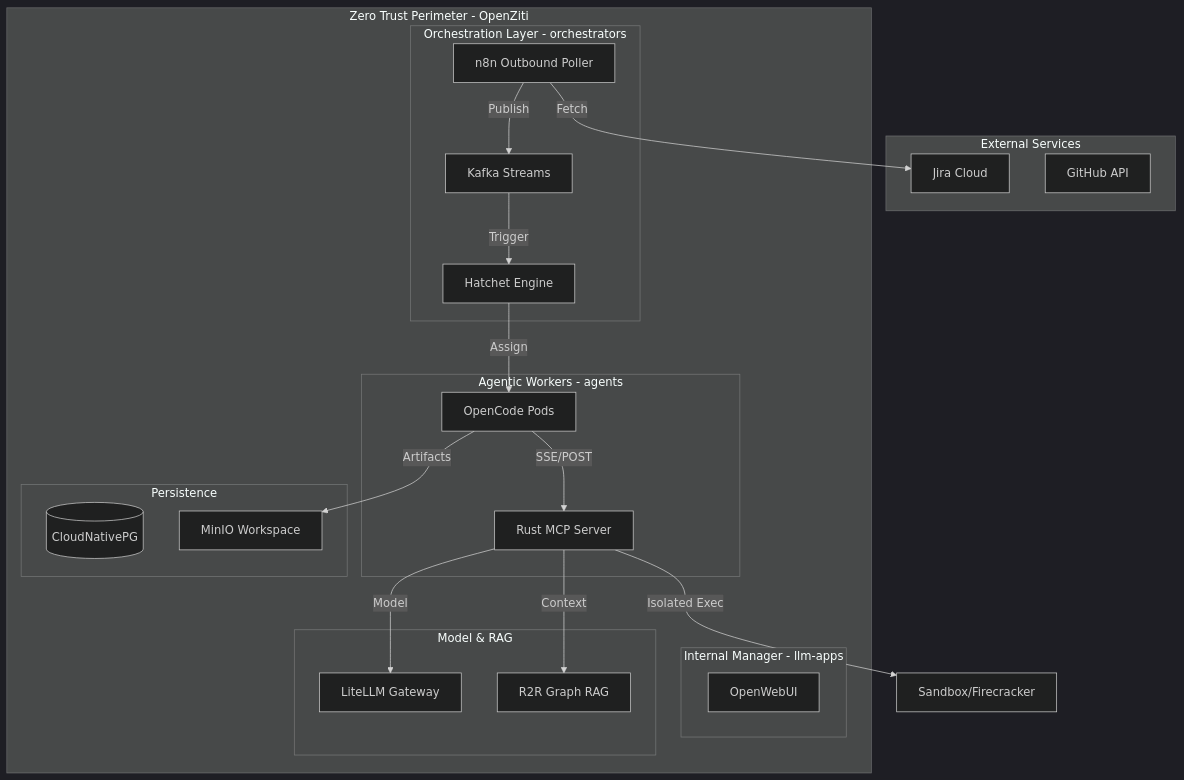
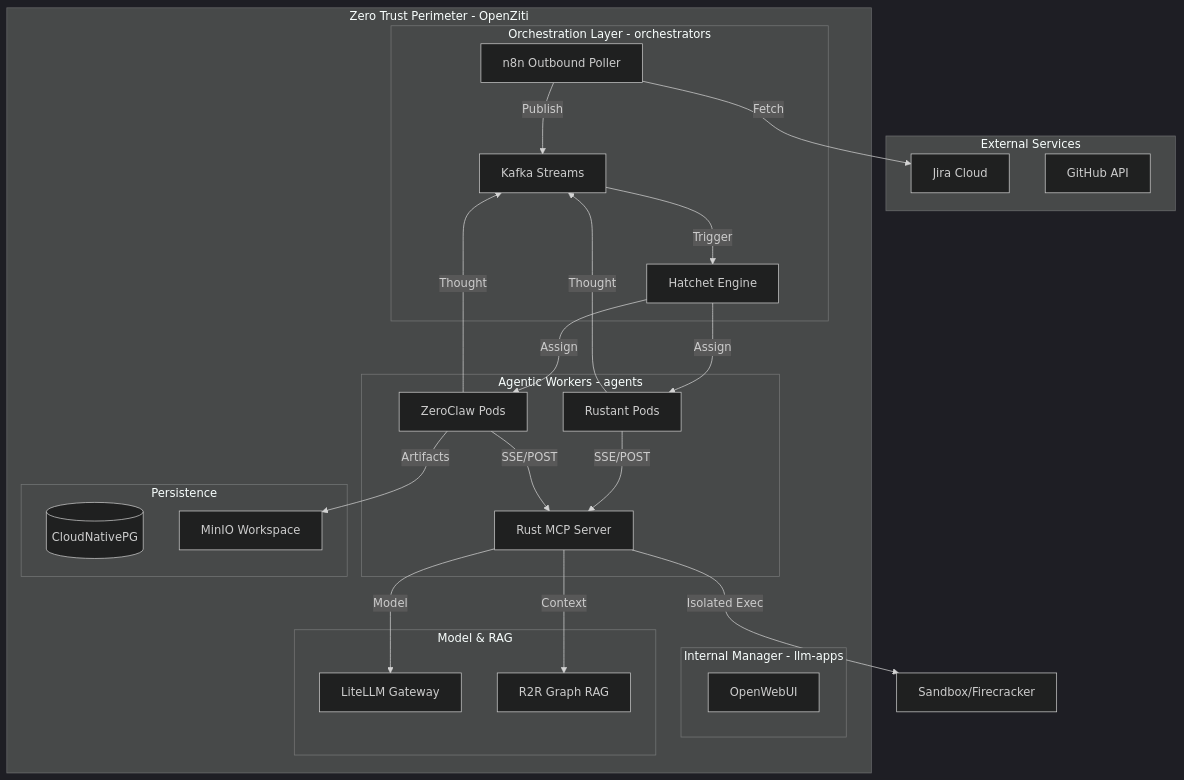
One commit to lgcorzo/rust_CACD_autonomous_factory changed the first of 2 diagrams in wiki/architecture.md. Above: the diagram before and after it, drawn with Mermaid (dark theme). The commit also changed other lines of this file and 7 other files, not shown here.

First line of the commit message:
docs: update system architecture and execution flows for Phase 12

````diff
--- a/wiki/architecture.md
+++ b/wiki/architecture.md
@@ -9,44 +9,49 @@
 ```mermaid
 graph TB
     subgraph "External Services"
         JIRA[Jira Cloud]
         GIT[GitHub API]
     end
 
     subgraph "Zero Trust Perimeter - OpenZiti"
         subgraph "Internal Manager - llm-apps"
             OWUI[OpenWebUI]
         end
 
         subgraph "Orchestration Layer - orchestrators"
             n8n[n8n Outbound Poller]
             HATCHET[Hatchet Engine]
             KAFKA[Kafka Streams]
         end
 
         subgraph "Agentic Workers - agents"
-            OC_WORKER[OpenCode Pods]
+            RUSTANT[Rustant Pods]
+            ZEROCLAW[ZeroClaw Pods]
             F_MCP[Rust MCP Server]
         end
 
         subgraph "Model & RAG"
             LITELLM[LiteLLM Gateway]
             R2R[R2R Graph RAG]
         end
 
         subgraph "Persistence"
             PG[(CloudNativePG)]
             MINIO[MinIO Workspace]
         end
     end
 
     n8n -->|Fetch| JIRA
     n8n -->|Publish| KAFKA
     KAFKA -->|Trigger| HATCHET
-    HATCHET -->|Assign| OC_WORKER
-    OC_WORKER -->|SSE/POST| F_MCP
+    HATCHET -->|Assign| RUSTANT
+    HATCHET -->|Assign| ZEROCLAW
+    RUSTANT -->|Thought| KAFKA
+    ZEROCLAW -->|Thought| KAFKA
+    RUSTANT -->|SSE/POST| F_MCP
+    ZEROCLAW -->|SSE/POST| F_MCP
     F_MCP -->|Model| LITELLM
     F_MCP -->|Context| R2R
     F_MCP -->|Isolated Exec| SANDBOX[Sandbox/Firecracker]
-    OC_WORKER -->|Artifacts| MINIO
+    ZEROCLAW -->|Artifacts| MINIO
 ```
````
